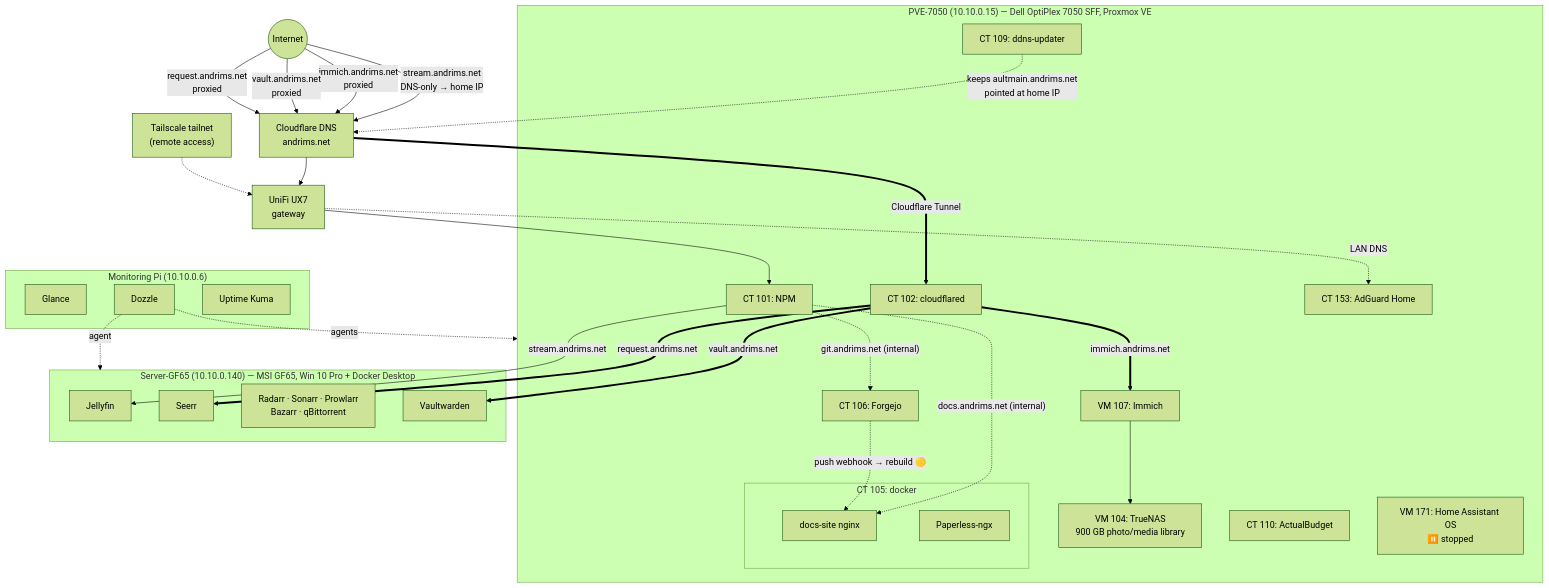
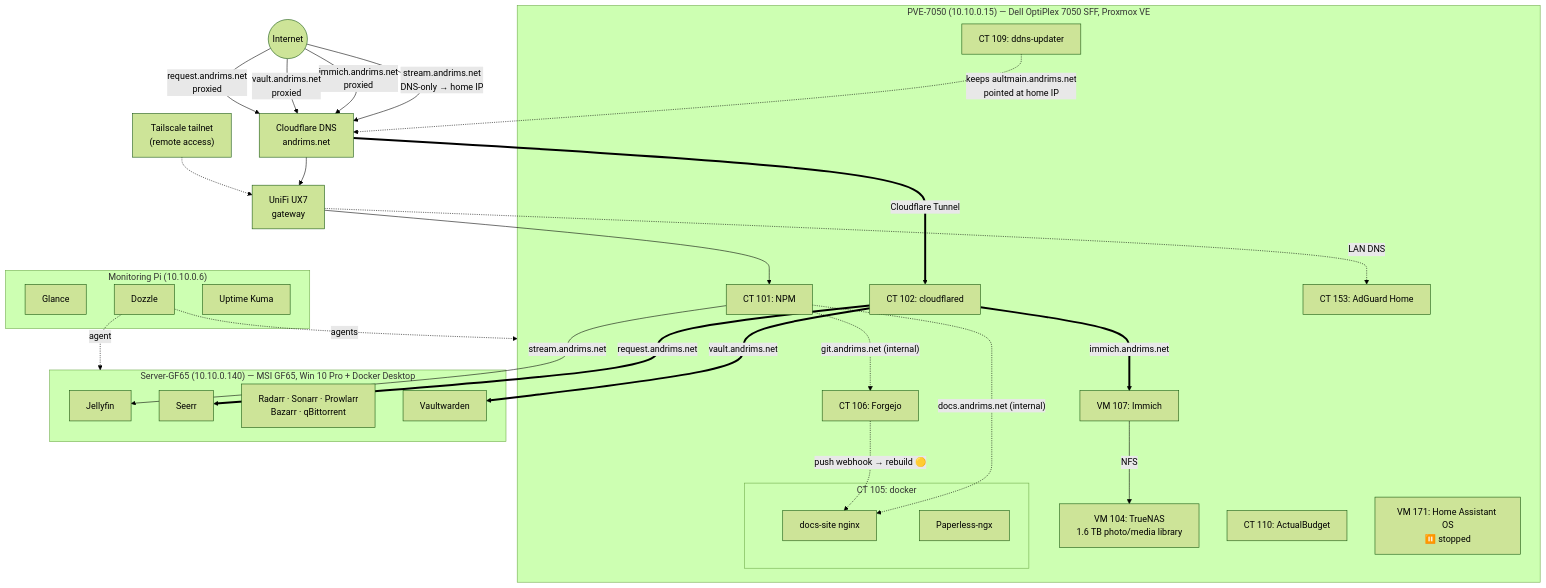
Before and after one commit to Aulteran/homelab-docs: the diagram in docs/index.md, drawn with Mermaid (forest theme). The commit also changed 17 other files, not shown here.

````diff
--- a/docs/index.md
+++ b/docs/index.md
@@ -41,57 +41,57 @@
 ```mermaid
 flowchart TB
     internet((Internet))
     cf["Cloudflare DNS<br/>andrims.net"]
     ts["Tailscale tailnet<br/>(remote access)"]
 
     internet -->|"stream.andrims.net<br/>DNS-only → home IP"| cf
     internet -->|"immich.andrims.net<br/>proxied"| cf
     internet -->|"vault.andrims.net<br/>proxied"| cf
     internet -->|"request.andrims.net<br/>proxied"| cf
     cf --> unifi["UniFi UX7<br/>gateway"]
     ts -.-> unifi
 
     subgraph pve["PVE-7050 (10.10.0.15) — Dell OptiPlex 7050 SFF, Proxmox VE"]
         npm["CT 101: NPM"]
         cfd["CT 102: cloudflared"]
-        truenas["VM 104: TrueNAS<br/>900 GB photo/media library"]
+        truenas["VM 104: TrueNAS<br/>1.6 TB photo/media library"]
         forgejo["CT 106: Forgejo"]
         immich["VM 107: Immich"]
         ddns["CT 109: ddns-updater"]
         budget["CT 110: ActualBudget"]
         adguard["CT 153: AdGuard Home"]
         haos["VM 171: Home Assistant OS<br/>⏸️ stopped"]
         subgraph dockerct["CT 105: docker"]
             docs["docs-site nginx"]
             paperless["Paperless-ngx"]
         end
     end
 
     subgraph gf65["Server-GF65 (10.10.0.140) — MSI GF65, Win 10 Pro + Docker Desktop"]
         jellyfin["Jellyfin"]
         seerr["Seerr"]
         arr["Radarr · Sonarr · Prowlarr<br/>Bazarr · qBittorrent"]
         vw["Vaultwarden"]
     end
 
     subgraph pi["Monitoring Pi (10.10.0.6)"]
         glance["Glance"]
         dozzle["Dozzle"]
         kuma["Uptime Kuma"]
     end
 
     unifi --> npm
     unifi -.->|LAN DNS| adguard
     cf ==>|"Cloudflare Tunnel"| cfd
     cfd ==>|immich.andrims.net| immich
     cfd ==>|vault.andrims.net| vw
     cfd ==>|request.andrims.net| seerr
     ddns -.->|"keeps aultmain.andrims.net<br/>pointed at home IP"| cf
     npm -->|stream.andrims.net| jellyfin
     npm -.->|"git.andrims.net (internal)"| forgejo
     npm -.->|"docs.andrims.net (internal)"| docs
     forgejo -.->|"push webhook → rebuild 🟡"| docs
-    immich --> truenas
+    immich -->|NFS| truenas
     dozzle -.->|agent| gf65
     dozzle -.->|agents| pve
 ```
````
